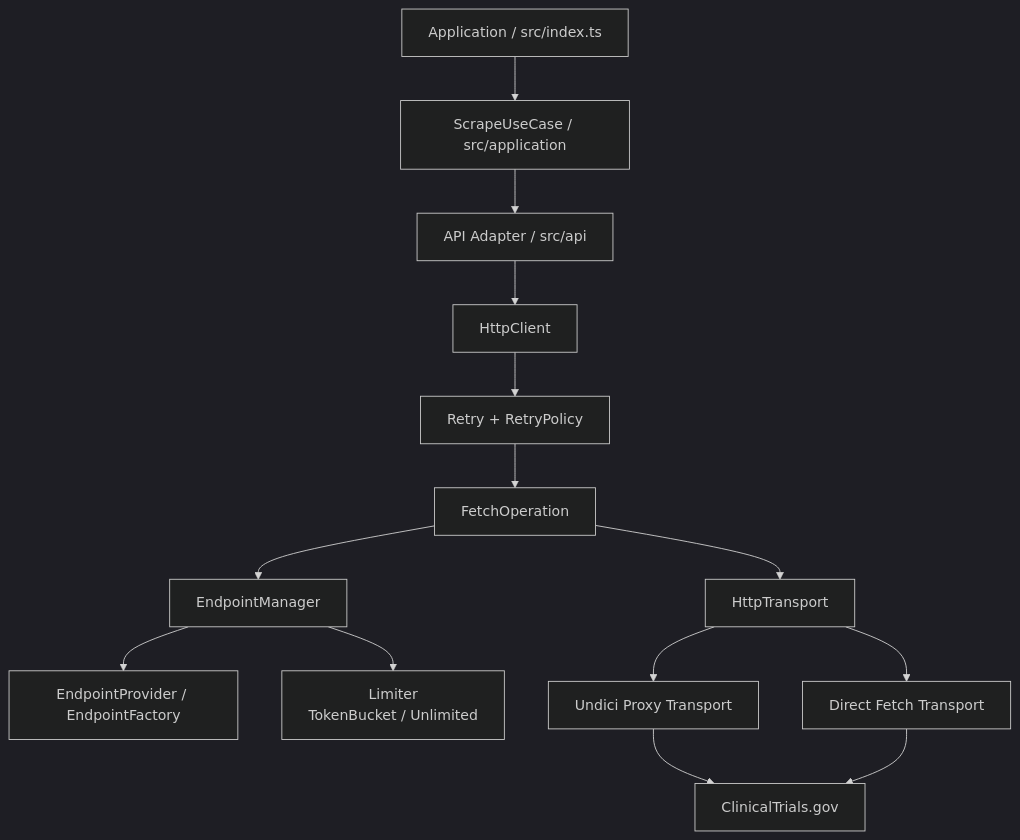
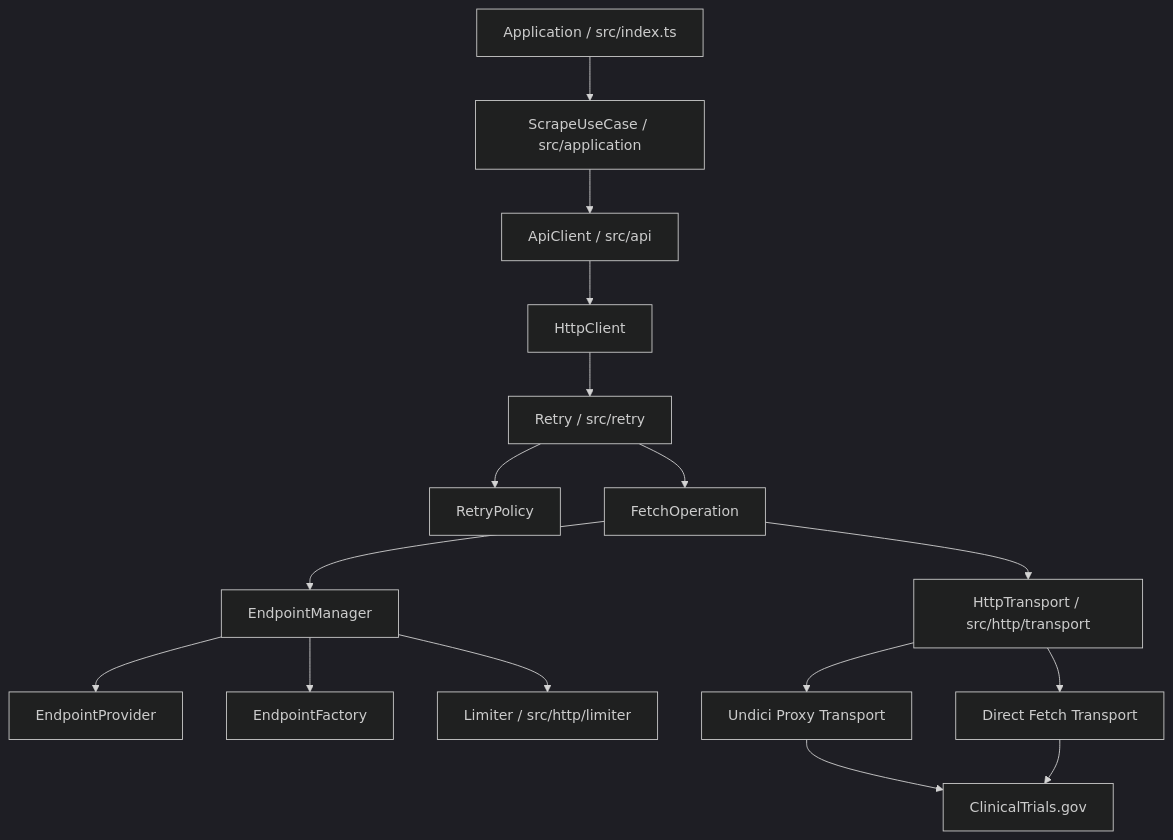
One commit to Snoke19/ctgov-history-sync changed the second of 9 diagrams in README.md. Above: the diagram before and after it, drawn with Mermaid (dark theme). The commit also changed other lines of this file, not shown here.

````diff
--- a/README.md
+++ b/README.md
@@ -60,30 +59,34 @@
 ```mermaid
 flowchart TB
     APP[Application / src/index.ts]
     UC[ScrapeUseCase / src/application]
-    API[API Adapter / src/api]
+    API[ApiClient / src/api]
     HC[HttpClient]
-    RETRY[Retry + RetryPolicy]
+    RETRY[Retry / src/retry]
+    POLICY[RetryPolicy]
     FO[FetchOperation]
     EM[EndpointManager]
-    EP[EndpointProvider / EndpointFactory]
-    LIM[Limiter<br/>TokenBucket / Unlimited]
-    TRANS[HttpTransport]
-    UNDICI[Undici Proxy Transport]
+    EP[EndpointProvider]
+    EF[EndpointFactory]
+    LIM[Limiter / src/http/limiter]
+    TRANS[HttpTransport / src/http/transport]
+    PROXY[Undici Proxy Transport]
     DIRECT[Direct Fetch Transport]
     CTG[ClinicalTrials.gov]
 
     APP --> UC
     UC --> API
     API --> HC
     HC --> RETRY
+    RETRY --> POLICY
     RETRY --> FO
     FO --> EM
     EM --> EP
+    EM --> EF
     EM --> LIM
     FO --> TRANS
-    TRANS --> UNDICI
+    TRANS --> PROXY
     TRANS --> DIRECT
-    UNDICI --> CTG
+    PROXY --> CTG
     DIRECT --> CTG
 ```
````
